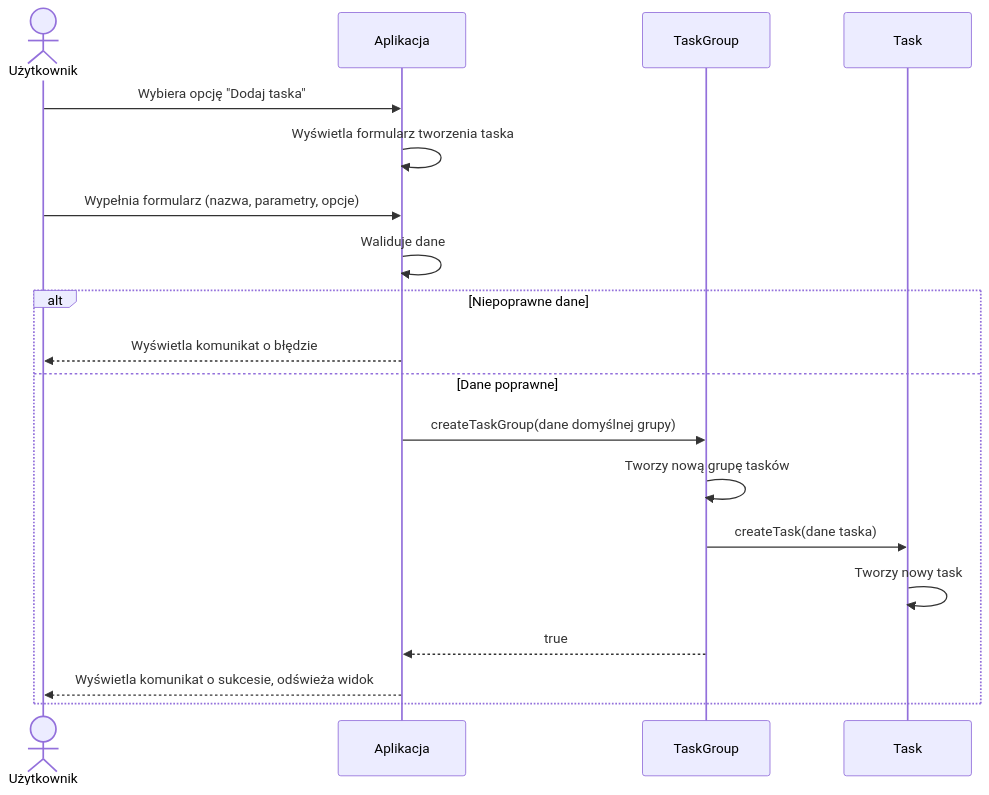
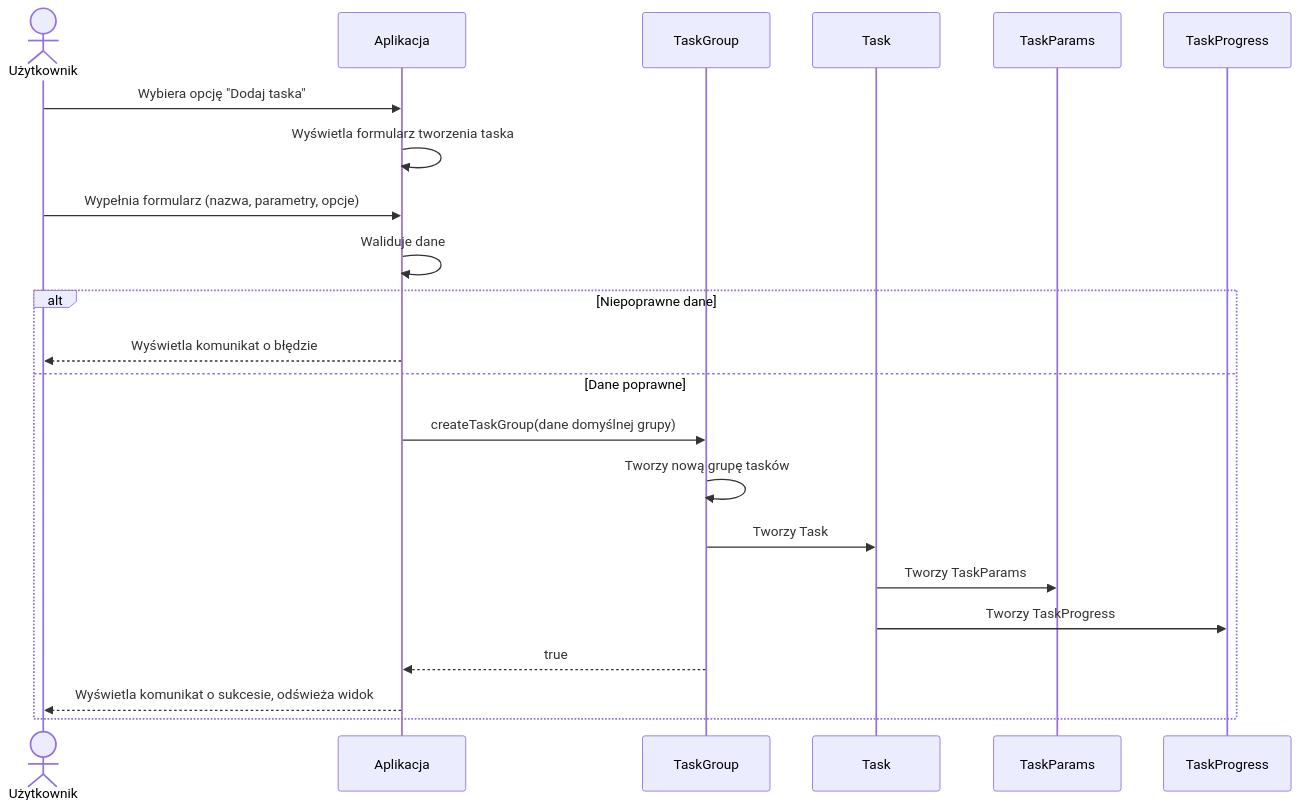
The diagram in docs/zadanie4/diagram-sekwencji-tworzenia-taska-bez-grupy.md (Tarnuchy/EggJob), drawn with Mermaid before and after one commit.

Commit message:
fix seq diag add t no tg

````diff
--- a/docs/zadanie4/diagram-sekwencji-tworzenia-taska-bez-grupy.md
+++ b/docs/zadanie4/diagram-sekwencji-tworzenia-taska-bez-grupy.md
@@ -3,22 +3,25 @@
 ```mermaid
 sequenceDiagram
     actor U as Użytkownik
     participant UI as Aplikacja
     participant TG as TaskGroup
     participant T as Task
+    participant TP as TaskParams
+    participant TPr as TaskProgress
 
     U->>UI: Wybiera opcję "Dodaj taska"
     UI->>UI: Wyświetla formularz tworzenia taska
     U->>UI: Wypełnia formularz (nazwa, parametry, opcje)
     UI->>UI: Waliduje dane
     alt Niepoprawne dane
         UI-->>U: Wyświetla komunikat o błędzie
     else Dane poprawne
         UI->>TG: createTaskGroup(dane domyślnej grupy)
         TG->>TG: Tworzy nową grupę tasków
-        TG->>T: createTask(dane taska)
-        T->>T: Tworzy nowy task
+        TG->>T: Tworzy Task
+        T->>TP: Tworzy TaskParams
+        T->>TPr: Tworzy TaskProgress
         TG-->>UI: true
         UI-->>U: Wyświetla komunikat o sukcesie, odświeża widok
     end
 ```
````
